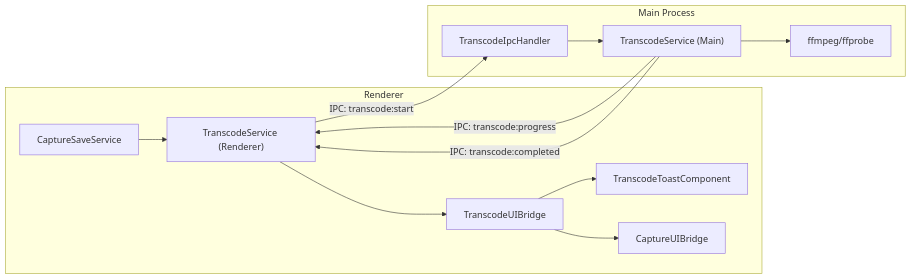
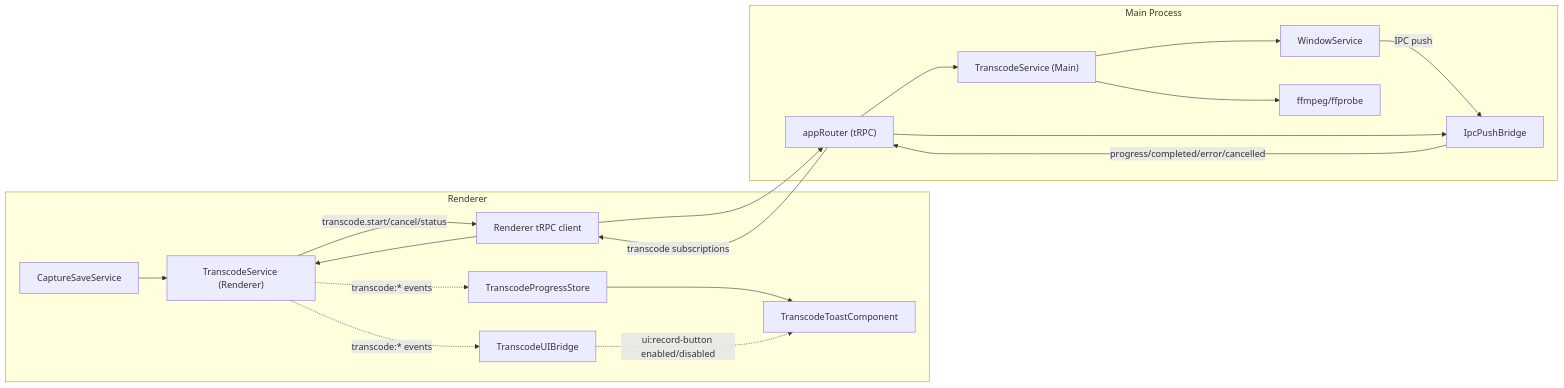
One commit to josstei/prismgb-app changed the fourth of 8 diagrams in docs/architecture-diagrams.md. Above: the diagram before and after it, drawn with Mermaid. The commit also changed other lines of this file and 995 other files, not shown here.

````diff
--- a/docs/architecture-diagrams.md
+++ b/docs/architecture-diagrams.md
@@ -77,26 +97,35 @@
 ```mermaid
 flowchart LR
   subgraph RENDERER[Renderer]
     CaptureSaveService[CaptureSaveService]
     TranscodeServiceRenderer["TranscodeService (Renderer)"]
+    TrpcClient[Renderer tRPC client]
     TranscodeUIBridge[TranscodeUIBridge]
+    TranscodeProgressStore[TranscodeProgressStore]
     TranscodeToast[TranscodeToastComponent]
-    CaptureUIBridge[CaptureUIBridge]
   end
 
   subgraph MAIN[Main Process]
-    TranscodeIpcHandler[TranscodeIpcHandler]
+    AppRouter["appRouter (tRPC)"]
     TranscodeServiceMain["TranscodeService (Main)"]
+    WindowService[WindowService]
+    IpcPushBridge[IpcPushBridge]
     FFmpeg[ffmpeg/ffprobe]
   end
 
   CaptureSaveService --> TranscodeServiceRenderer
-  TranscodeServiceRenderer -- IPC: transcode:start --> TranscodeIpcHandler
-  TranscodeIpcHandler --> TranscodeServiceMain
+  TranscodeServiceRenderer -- "transcode.start/cancel/status" --> TrpcClient
+  TrpcClient --> AppRouter
+  AppRouter --> TranscodeServiceMain
   TranscodeServiceMain --> FFmpeg
-  TranscodeServiceMain -- IPC: transcode:progress --> TranscodeServiceRenderer
-  TranscodeServiceMain -- IPC: transcode:completed --> TranscodeServiceRenderer
-  TranscodeServiceRenderer --> TranscodeUIBridge
-  TranscodeUIBridge --> TranscodeToast
-  TranscodeUIBridge --> CaptureUIBridge
+  TranscodeServiceMain --> WindowService
+  WindowService -- IPC push --> IpcPushBridge
+  AppRouter --> IpcPushBridge
+  IpcPushBridge -- "progress/completed/error/cancelled" --> AppRouter
+  AppRouter -- "transcode subscriptions" --> TrpcClient
+  TrpcClient --> TranscodeServiceRenderer
+  TranscodeServiceRenderer -. "transcode:* events" .-> TranscodeUIBridge
+  TranscodeServiceRenderer -. "transcode:* events" .-> TranscodeProgressStore
+  TranscodeProgressStore --> TranscodeToast
+  TranscodeUIBridge -. "ui:record-button enabled/disabled" .-> TranscodeToast
 ```
````
